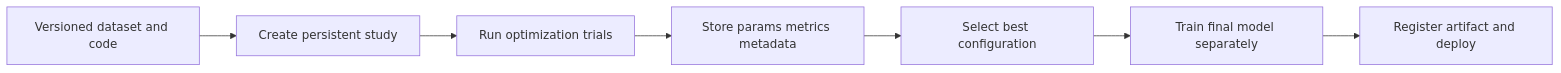
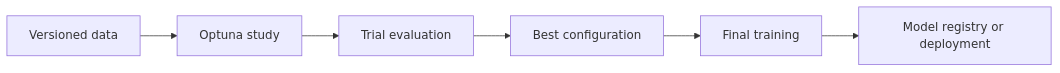
The diagram in modules/14-production-workflows.qmd (miguel-conde/optuna), drawn with Mermaid before and after one commit. The commit also changed other lines of this file, not shown here.

````diff
--- a/modules/14-production-workflows.qmd
+++ b/modules/14-production-workflows.qmd
@@ -127,9 +239,8 @@
 ```{mermaid}
 flowchart LR
-	A[Versioned dataset and code] --> B[Create persistent study]
-	B --> C[Run optimization trials]
-	C --> D[Store params metrics metadata]
-	D --> E[Select best configuration]
-	E --> F[Train final model separately]
-	F --> G[Register artifact and deploy]
+	A[Versioned data] --> B[Optuna study]
+	B --> C[Trial evaluation]
+	C --> D[Best configuration]
+	D --> E[Final training]
+	E --> F[Model registry or deployment]
 ```
````
